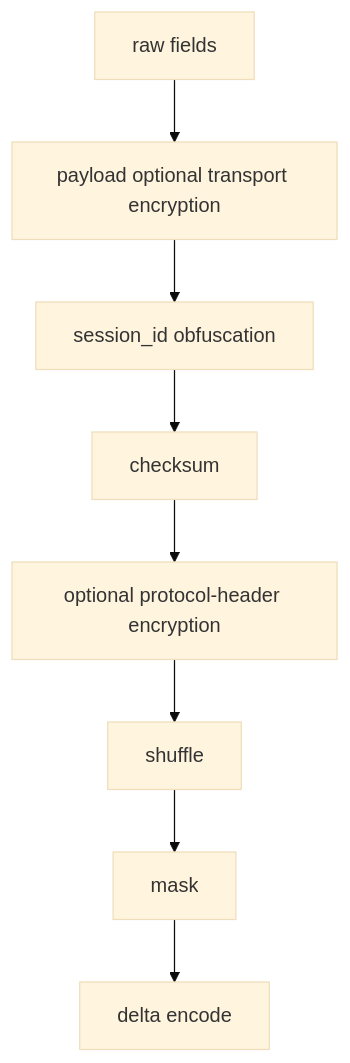
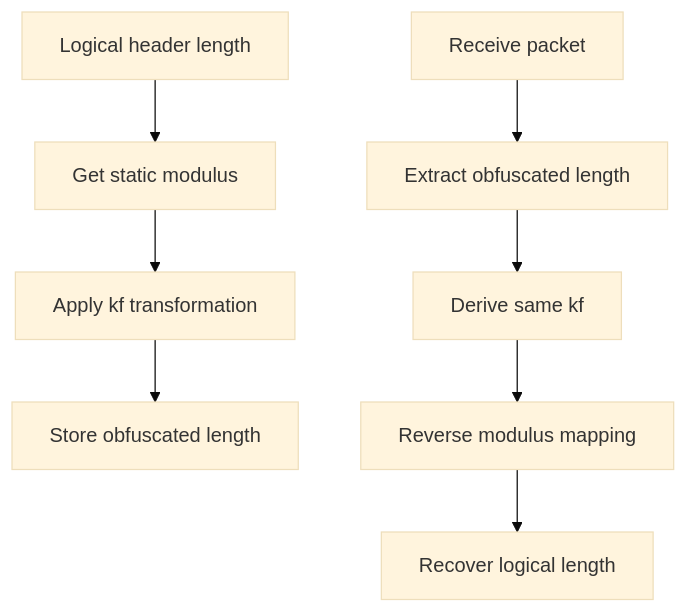
Before and after one commit to HyacinthHaru/openppp2: the seventh of 15 diagrams in docs/PACKET_FORMATS.md, drawn with Mermaid (base theme). The commit also changed other lines of this file and 31 other files, not shown here.

````diff
--- a/docs/PACKET_FORMATS.md
+++ b/docs/PACKET_FORMATS.md
@@ -203,10 +257,11 @@
 ```mermaid
 flowchart TD
-    A[raw fields] --> B[payload optional transport encryption]
-    B --> C[session_id obfuscation]
-    C --> D[checksum]
-    D --> E[optional protocol-header encryption]
-    E --> F[shuffle]
-    F --> G[mask]
-    G --> H[delta encode]
+    A[Logical header length] --> B[Get static modulus]
+    B --> C[Apply kf transformation]
+    C --> D[Store obfuscated length]
+    
+    E[Receive packet] --> F[Extract obfuscated length]
+    F --> G[Derive same kf]
+    G --> H[Reverse modulus mapping]
+    H --> I[Recover logical length]
 ```
````
